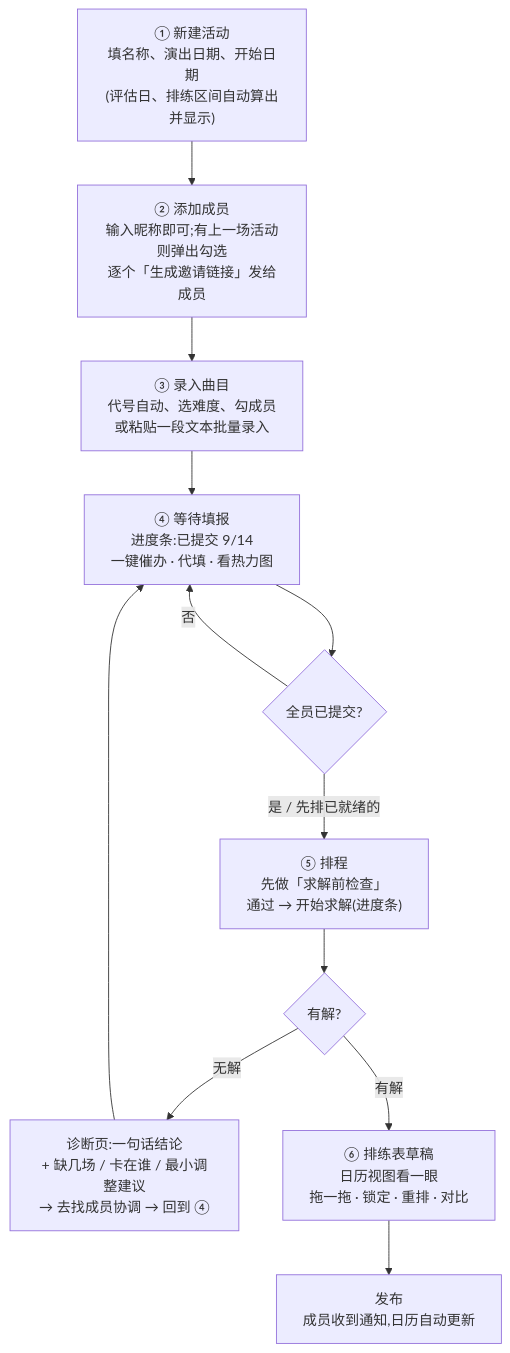
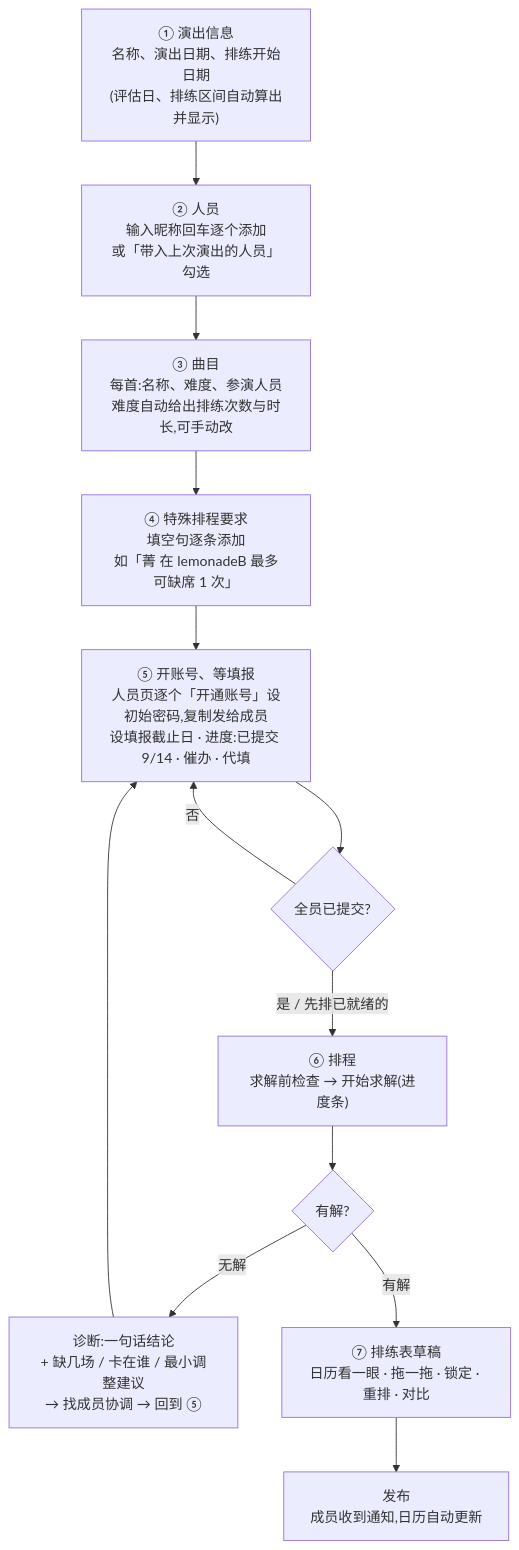
Before and after one commit to chuchu1214w/rehearsal-scheduler: the second of 4 diagrams in 交互设计.md, drawn with Mermaid. The commit also changed other lines of this file and 2 other files, not shown here.

````diff
--- a/交互设计.md
+++ b/交互设计.md
@@ -74,16 +79,17 @@
 ```mermaid
 flowchart TD
-    S1["① 新建活动<br/>填名称、演出日期、开始日期<br/>(评估日、排练区间自动算出并显示)"] --> S2
-    S2["② 添加成员<br/>输入昵称即可;有上一场活动则弹出勾选<br/>逐个「生成邀请链接」发给成员"] --> S3
-    S3["③ 录入曲目<br/>代号自动、选难度、勾成员<br/>或粘贴一段文本批量录入"] --> S4
-    S4["④ 等待填报<br/>进度条:已提交 9/14<br/>一键催办 · 代填 · 看热力图"] --> S5
-    S5{"全员已提交?"}
-    S5 -->|"否"| S4
-    S5 -->|"是 / 先排已就绪的"| S6
-    S6["⑤ 排程<br/>先做「求解前检查」<br/>通过 → 开始求解(进度条)"] --> S7
-    S7{"有解?"}
-    S7 -->|"无解"| D["诊断页:一句话结论<br/>+ 缺几场 / 卡在谁 / 最小调整建议<br/>→ 去找成员协调 → 回到 ④"]
-    D --> S4
-    S7 -->|"有解"| S8["⑥ 排练表草稿<br/>日历视图看一眼<br/>拖一拖 · 锁定 · 重排 · 对比"]
-    S8 --> S9["发布<br/>成员收到通知,日历自动更新"]
+    W1["① 演出信息<br/>名称、演出日期、排练开始日期<br/>(评估日、排练区间自动算出并显示)"] --> W2
+    W2["② 人员<br/>输入昵称回车逐个添加<br/>或「带入上次演出的人员」勾选"] --> W3
+    W3["③ 曲目<br/>每首:名称、难度、参演人员<br/>难度自动给出排练次数与时长,可手动改"] --> W4
+    W4["④ 特殊排程要求<br/>填空句逐条添加<br/>如「菁 在 lemonadeB 最多可缺席 1 次」"] --> S5
+    S5["⑤ 开账号、等填报<br/>人员页逐个「开通账号」设初始密码,复制发给成员<br/>设填报截止日 · 进度:已提交 9/14 · 催办 · 代填"] --> S6
+    S6{"全员已提交?"}
+    S6 -->|"否"| S5
+    S6 -->|"是 / 先排已就绪的"| S7
+    S7["⑥ 排程<br/>求解前检查 → 开始求解(进度条)"] --> S8
+    S8{"有解?"}
+    S8 -->|"无解"| D["诊断:一句话结论<br/>+ 缺几场 / 卡在谁 / 最小调整建议<br/>→ 找成员协调 → 回到 ⑤"]
+    D --> S5
+    S8 -->|"有解"| S9["⑦ 排练表草稿<br/>日历看一眼 · 拖一拖 · 锁定 · 重排 · 对比"]
+    S9 --> S10["发布<br/>成员收到通知,日历自动更新"]
 ```
````
